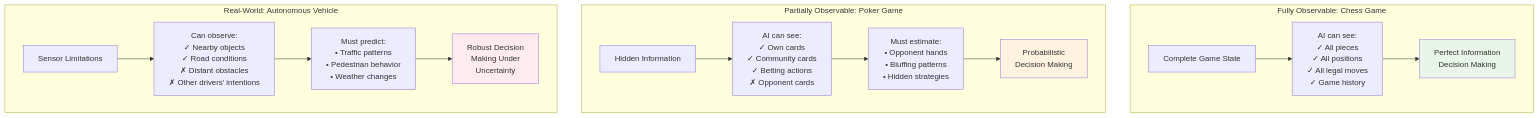
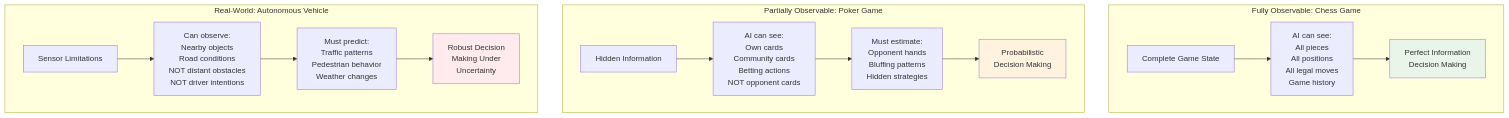
The second of 16 diagrams in Hand-Notes/Theory-AI-Basics/Environments/README.md (abstracted-m7/Data-Science), drawn with Mermaid before and after one commit. The commit also changed other lines of this file, not shown here.

````diff
--- a/Hand-Notes/Theory-AI-Basics/Environments/README.md
+++ b/Hand-Notes/Theory-AI-Basics/Environments/README.md
@@ -76,23 +76,23 @@
 ```mermaid
 graph TB
     subgraph "Fully Observable: Chess Game"
-        A1[Complete Game State] --> B1[AI can see:<br/>✓ All pieces<br/>✓ All positions<br/>✓ All legal moves<br/>✓ Game history]
+        A1[Complete Game State] --> B1[AI can see:<br/>All pieces<br/>All positions<br/>All legal moves<br/>Game history]
         B1 --> C1[Perfect Information<br/>Decision Making]
     end
     
     subgraph "Partially Observable: Poker Game"
-        A2[Hidden Information] --> B2[AI can see:<br/>✓ Own cards<br/>✓ Community cards<br/>✓ Betting actions<br/>✗ Opponent cards]
-        B2 --> C2[Must estimate:<br/>• Opponent hands<br/>• Bluffing patterns<br/>• Hidden strategies]
+        A2[Hidden Information] --> B2[AI can see:<br/>Own cards<br/>Community cards<br/>Betting actions<br/>NOT opponent cards]
+        B2 --> C2[Must estimate:<br/>Opponent hands<br/>Bluffing patterns<br/>Hidden strategies]
         C2 --> D2[Probabilistic<br/>Decision Making]
     end
     
     subgraph "Real-World: Autonomous Vehicle"
-        A3[Sensor Limitations] --> B3[Can observe:<br/>✓ Nearby objects<br/>✓ Road conditions<br/>✗ Distant obstacles<br/>✗ Other drivers' intentions]
-        B3 --> C3[Must predict:<br/>• Traffic patterns<br/>• Pedestrian behavior<br/>• Weather changes]
+        A3[Sensor Limitations] --> B3[Can observe:<br/>Nearby objects<br/>Road conditions<br/>NOT distant obstacles<br/>NOT driver intentions]
+        B3 --> C3[Must predict:<br/>Traffic patterns<br/>Pedestrian behavior<br/>Weather changes]
         C3 --> D3[Robust Decision<br/>Making Under<br/>Uncertainty]
     end
     
     style C1 fill:#e8f5e8
     style D2 fill:#fff3e0
     style D3 fill:#ffebee
 ```
````
